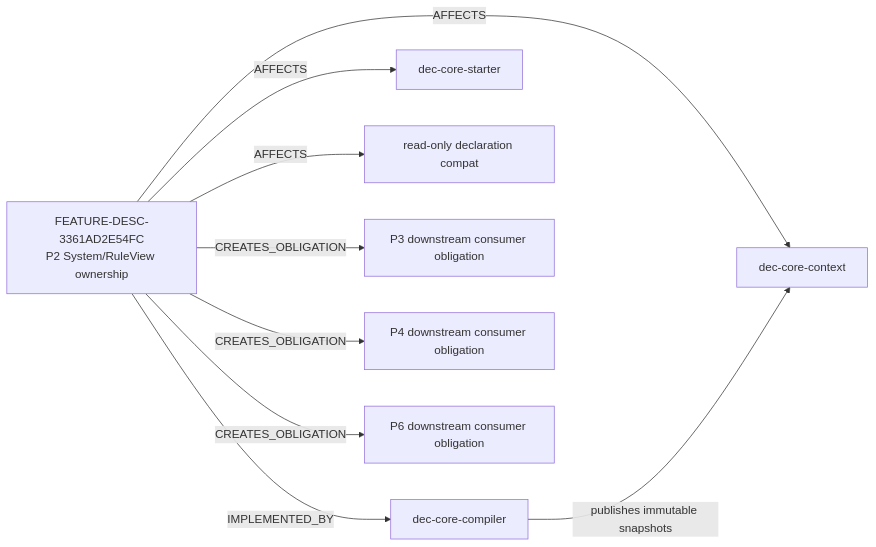
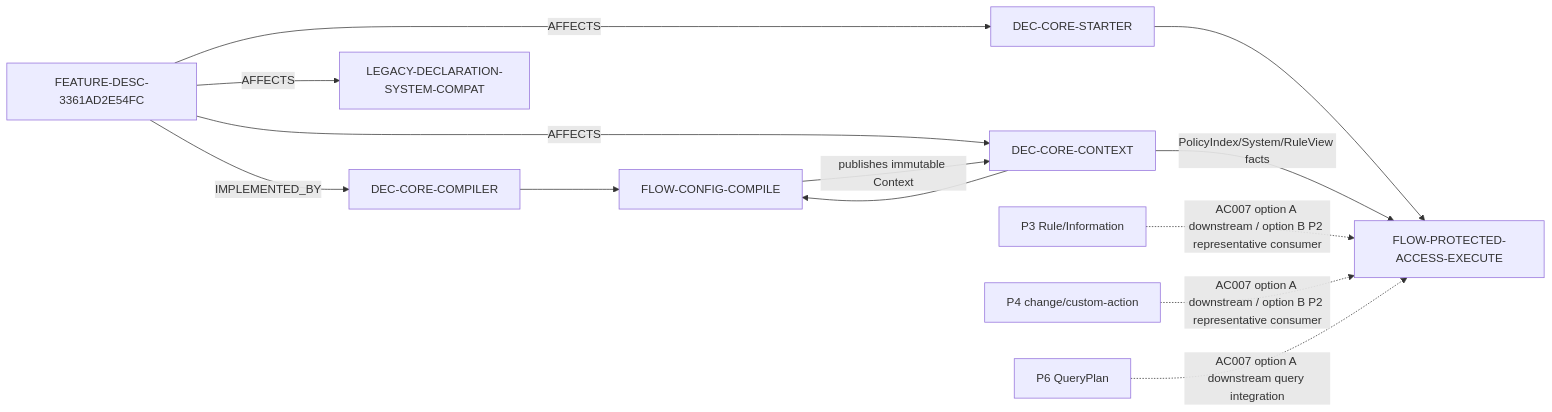
One commit to szlwin/doc-eq-code-Dgremlin changed the diagram in project_doc/docs/_relations/dependency_graph.md. Above: the diagram before and after it, drawn with Mermaid. The commit also changed other lines of this file, not shown here.

Commit message:
docs(p2): align dependency graph to FLOW-R04

````diff
--- a/project_doc/docs/_relations/dependency_graph.md
+++ b/project_doc/docs/_relations/dependency_graph.md
@@ -11,20 +10,26 @@
 ```mermaid
 flowchart LR
-  P2["FEATURE-DESC-3361AD2E54FC\nP2 System/RuleView ownership"]
-  C["dec-core-compiler"]
-  X["dec-core-context"]
-  S["dec-core-starter"]
-  D["read-only declaration compat"]
-  P3["P3 downstream consumer obligation"]
-  P4["P4 downstream consumer obligation"]
-  P6["P6 downstream consumer obligation"]
+  F[FEATURE-DESC-3361AD2E54FC]
+  C[DEC-CORE-COMPILER]
+  X[DEC-CORE-CONTEXT]
+  S[DEC-CORE-STARTER]
+  L[LEGACY-DECLARATION-SYSTEM-COMPAT]
+  FC[FLOW-CONFIG-COMPILE]
+  FR[FLOW-PROTECTED-ACCESS-EXECUTE]
+  P3[P3 Rule/Information]
+  P4[P4 change/custom-action]
+  P6[P6 QueryPlan]
 
-  P2 -->|IMPLEMENTED_BY| C
-  P2 -->|AFFECTS| X
-  P2 -->|AFFECTS| S
-  P2 -->|AFFECTS| D
-  P2 -->|CREATES_OBLIGATION| P3
-  P2 -->|CREATES_OBLIGATION| P4
-  P2 -->|CREATES_OBLIGATION| P6
-  C -->|publishes immutable snapshots| X
+  F -->|IMPLEMENTED_BY| C
+  F -->|AFFECTS| X
+  F -->|AFFECTS| S
+  F -->|AFFECTS| L
+  C --> FC
+  X --> FC
+  S --> FR
+  FC -->|publishes immutable Context| X
+  X -->|PolicyIndex/System/RuleView facts| FR
+  P3 -. AC007 option A downstream / option B P2 representative consumer .-> FR
+  P4 -. AC007 option A downstream / option B P2 representative consumer .-> FR
+  P6 -. AC007 option A downstream query integration .-> FR
 ```
````
